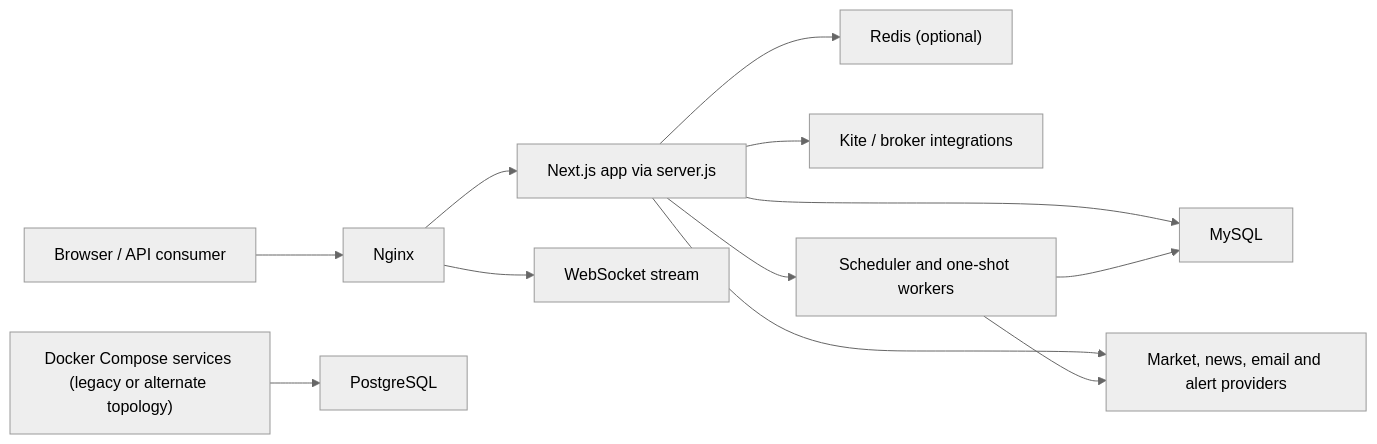
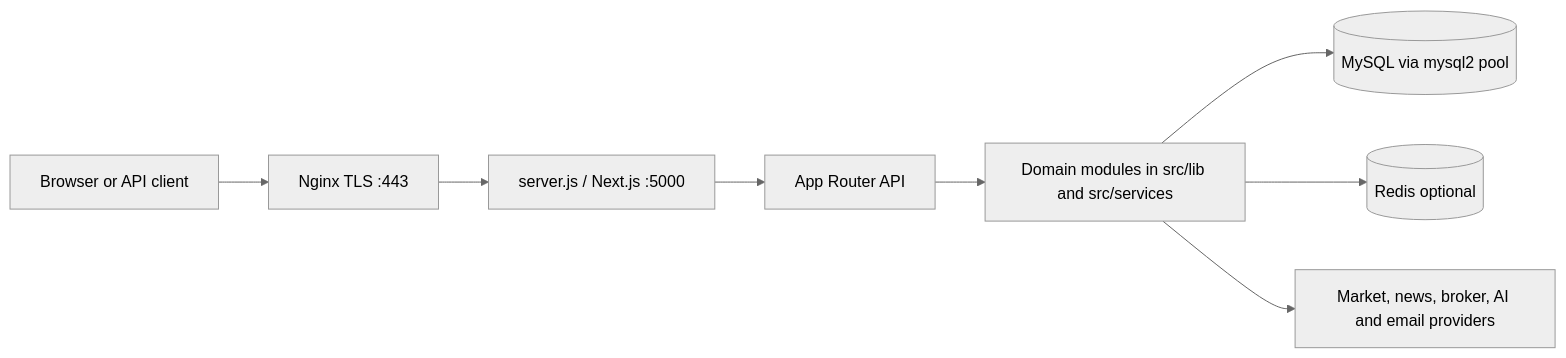
Before and after one commit to saurabhmani/api-update: the first of 4 diagrams in ARCHITECTURE.md, drawn with Mermaid (neutral theme). The commit also changed other lines of this file and 12 other files, not shown here.

````diff
--- a/ARCHITECTURE.md
+++ b/ARCHITECTURE.md
@@ -30,14 +77,10 @@
 ```mermaid
 flowchart LR
-  U["Browser / API consumer"] --> N["Nginx"]
-  N --> A["Next.js app via server.js"]
-  N --> W["WebSocket stream"]
-  A --> M["MySQL"]
-  A --> R["Redis (optional)"]
-  A --> K["Kite / broker integrations"]
-  A --> X["Market, news, email and alert providers"]
-  S["Scheduler and one-shot workers"] --> M
-  S --> X
-  A --> S
-  D["Docker Compose services (legacy or alternate topology)"] --> P["PostgreSQL"]
+  C[Browser or API client] --> N[Nginx TLS :443]
+  N --> A[server.js / Next.js :5000]
+  A --> R[App Router API]
+  R --> D[Domain modules in src/lib and src/services]
+  D --> M[(MySQL via mysql2 pool)]
+  D --> X[(Redis optional)]
+  D --> P[Market, news, broker, AI and email providers]
 ```
````
